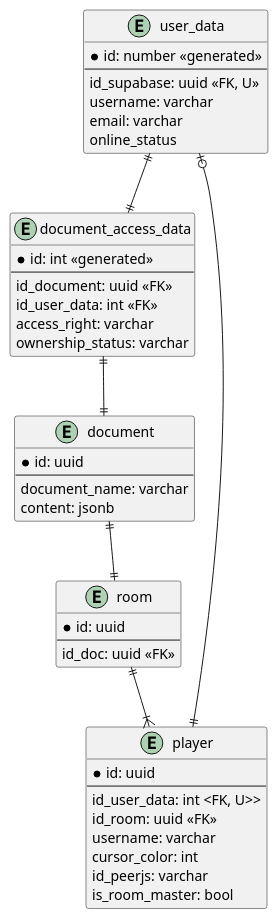
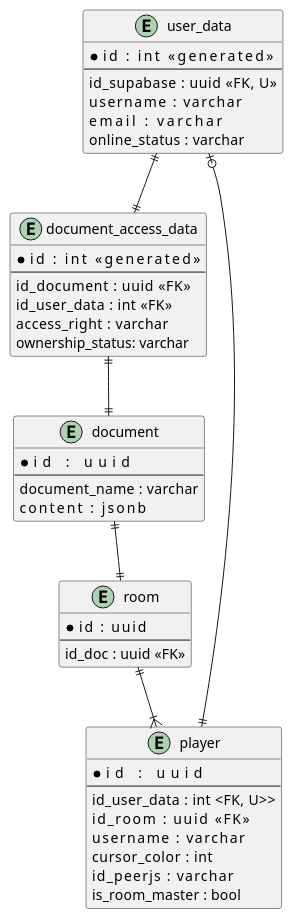
Before and after one commit to RayhanHamada/collabowrite: the diagram in packages/uml-design/lib/erd.plantuml, drawn with PlantUML.

Commit message:
feat(uml-design): tidy code

```diff
--- a/packages/uml-design/lib/erd.plantuml
+++ b/packages/uml-design/lib/erd.plantuml
@@ -1,52 +1,52 @@
 @startuml collabowrite_erd
 entity "user_data" as user_data {
-    *id: number <<generated>>
+    *id             : int <<generated>>
     --
-    id_supabase: uuid <<FK, U>>
-    username: varchar
-    email: varchar
-    online_status
+    id_supabase     : uuid <<FK, U>>
+    username        : varchar
+    email           : varchar
+    online_status   : varchar
 }
 
 entity "document_access_data" as document_access_data {
-    *id: int <<generated>>
+    *id             : int <<generated>>
     --
-    id_document: uuid <<FK>>
-    id_user_data: int <<FK>>
-    access_right: varchar
+    id_document     : uuid <<FK>>
+    id_user_data    : int <<FK>>
+    access_right    : varchar
     ownership_status: varchar
 }
 
 entity "document" as document {
-    *id: uuid
+    *id             : uuid
     --
-    document_name: varchar
-    content: jsonb
+    document_name   : varchar
+    content         : jsonb
 }
 
 entity "room" as room {
-    *id: uuid
+    *id     : uuid
     --
-    id_doc: uuid <<FK>>
+    id_doc  : uuid <<FK>>
 }
 
 entity "player" as player {
-    *id: uuid
+    *id             : uuid
     --
-    id_user_data: int <FK, U>>
-    id_room: uuid <<FK>>
-    username: varchar
-    cursor_color: int
-    id_peerjs: varchar
-    is_room_master: bool
+    id_user_data    : int <FK, U>>
+    id_room         : uuid <<FK>>
+    username        : varchar
+    cursor_color    : int
+    id_peerjs       : varchar
+    is_room_master  : bool
 }
 
 
 user_data ||--|| document_access_data
 user_data |o--|| player
 document_access_data ||--|| document
 document ||--|| room
 room ||--|{ player
 
 
 @enduml
```
